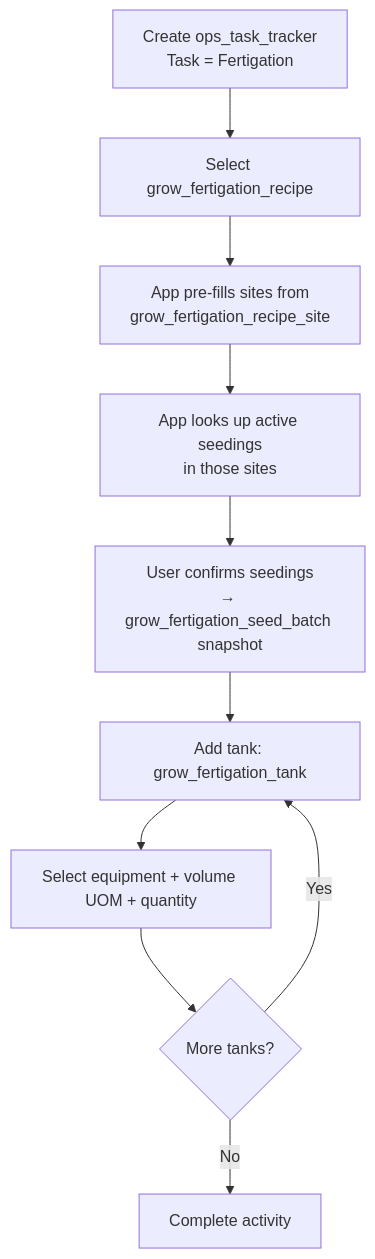
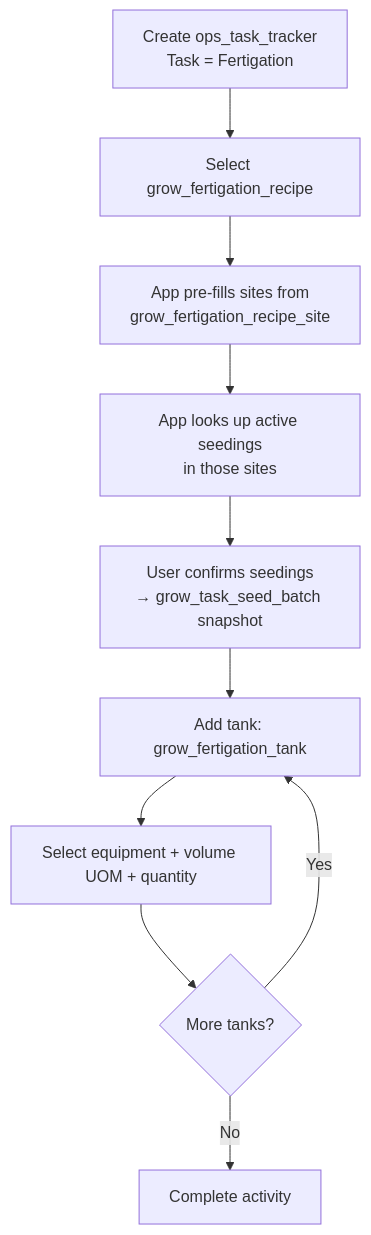
One commit to Hawaii-Farming/aloha-app changed the diagram in docs/processes/20260324_07_grow_fertigation_workflow.md. Above: the diagram before and after it, drawn with Mermaid. The commit also changed other lines of this file and 16 other files, not shown here.

````diff
--- a/docs/processes/20260324_07_grow_fertigation_workflow.md
+++ b/docs/processes/20260324_07_grow_fertigation_workflow.md
@@ -98,12 +98,12 @@
 ```mermaid
 flowchart TD
     A[Create ops_task_tracker\nTask = Fertigation] --> B[Select grow_fertigation_recipe]
     B --> C[App pre-fills sites from\ngrow_fertigation_recipe_site]
     C --> D[App looks up active seedings\nin those sites]
-    D --> E[User confirms seedings\n→ grow_fertigation_seed_batch snapshot]
+    D --> E[User confirms seedings\n→ grow_task_seed_batch snapshot]
     E --> F[Add tank: grow_fertigation_tank]
     F --> F1[Select equipment + volume UOM + quantity]
     F1 --> F2{More tanks?}
     F2 -->|Yes| F
     F2 -->|No| G[Complete activity]
 ```
````
